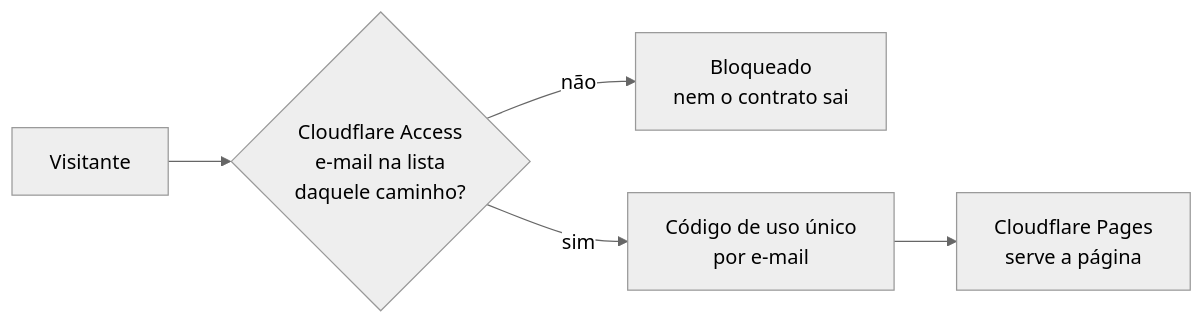
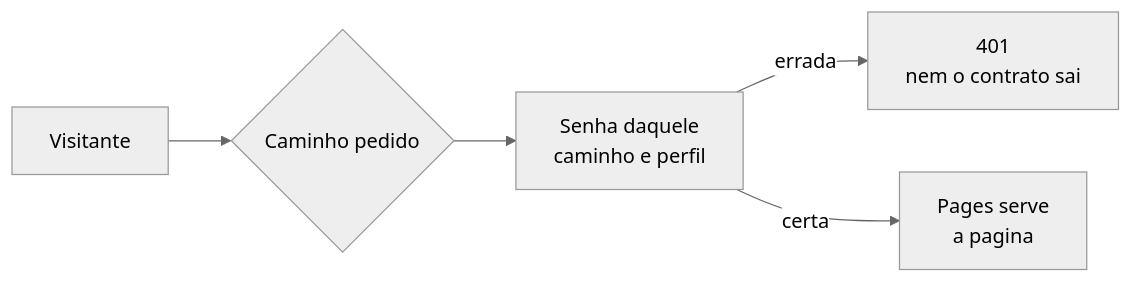
Before and after one commit to barramentointelectah/barramento.intelectah-docs: the diagram in README-deploy.md, drawn with Mermaid (neutral theme). The commit also changed other lines of this file and 1 other file, not shown here.

First line of the commit message:
Controle de acesso por senha, no Cloudflare Pages Functions

````diff
--- a/README-deploy.md
+++ b/README-deploy.md
@@ -43,7 +48,7 @@
 ```mermaid
 flowchart LR
-  A[Visitante] --> B{Cloudflare Access<br/>e-mail na lista<br/>daquele caminho?}
-  B -->|não| C[Bloqueado<br/>nem o contrato sai]
-  B -->|sim| D[Código de uso único<br/>por e-mail]
-  D --> E[Cloudflare Pages<br/>serve a página]
+  A[Visitante] --> B{Caminho pedido}
+  B --> C[Senha daquele<br/>caminho e perfil]
+  C -->|errada| D[401<br/>nem o contrato sai]
+  C -->|certa| E[Pages serve<br/>a pagina]
 ```
````
